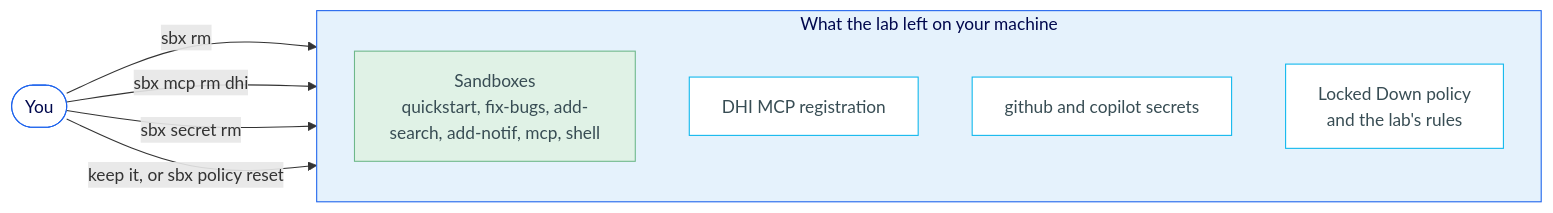
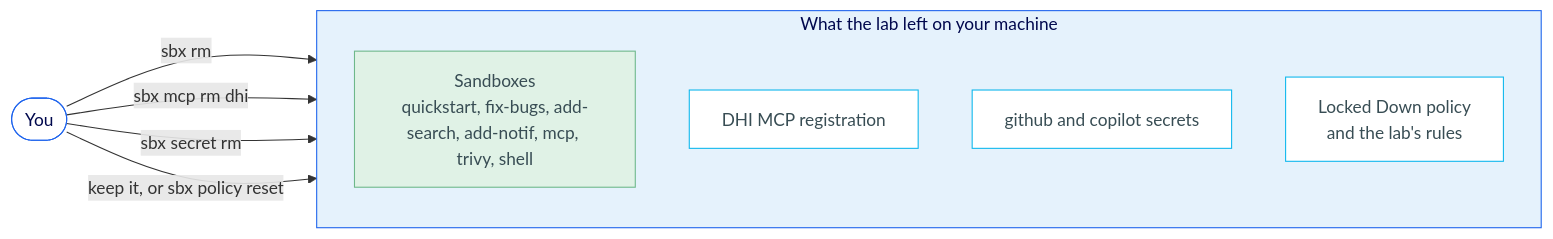
One commit to ajeetraina/sbx-lab changed the diagram in instructions/11-wrap-up.md. Above: the diagram before and after it, drawn with Mermaid. The commit also changed other lines of this file and 8 other files, not shown here.

First line of the commit message:
Scan DevBoard's base images with Trivy and VEX in the MCP module

````diff
--- a/instructions/11-wrap-up.md
+++ b/instructions/11-wrap-up.md
@@ -17,29 +17,29 @@
 ```mermaid
 graph LR
     You(["You"])
 
     subgraph Lab["What the lab left on your machine"]
         direction TB
-        Sandboxes["Sandboxes<br/>quickstart, fix-bugs, add-search, add-notif, mcp, shell"]
+        Sandboxes["Sandboxes<br/>quickstart, fix-bugs, add-search, add-notif, mcp, trivy, shell"]
         McpRegistration["DHI MCP registration"]
         Secrets["github and copilot secrets"]
         Policy["Locked Down policy<br/>and the lab's rules"]
     end
 
     You -->|sbx rm| Sandboxes
     You -->|sbx mcp rm dhi| McpRegistration
     You -->|sbx secret rm| Secrets
     You -->|"keep it, or sbx policy reset"| Policy
 
     %% Styles — containers
     style Lab fill:#E5F2FC,stroke:#1D63ED,color:#00084D
 
     %% Styles — leftover nodes
     style Sandboxes fill:#e0f2e6,stroke:#6db88a,color:#384D54
     style McpRegistration fill:#fff,stroke:#0DB7ED,color:#384D54
     style Secrets fill:#fff,stroke:#0DB7ED,color:#384D54
     style Policy fill:#fff,stroke:#0DB7ED,color:#384D54
 
     %% Styles — actor
     style You fill:#fff,stroke:#1D63ED,color:#00084D
 ```
````
